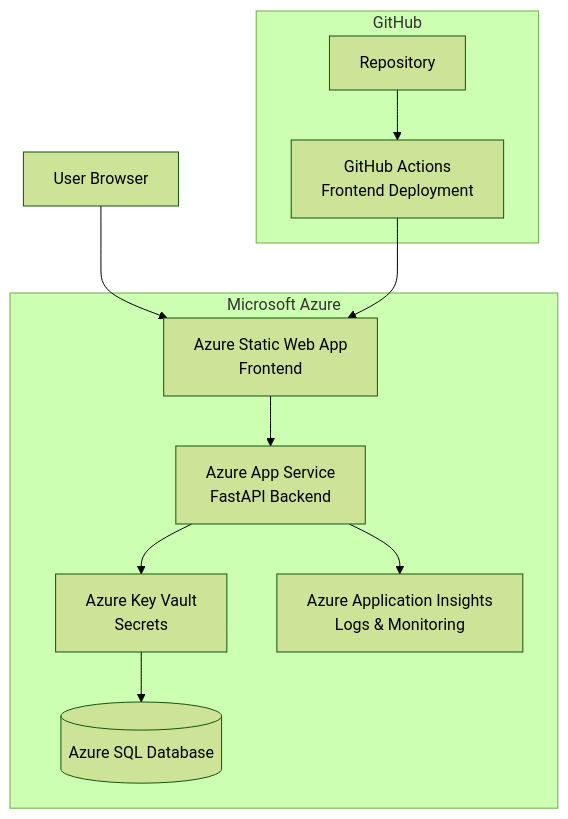
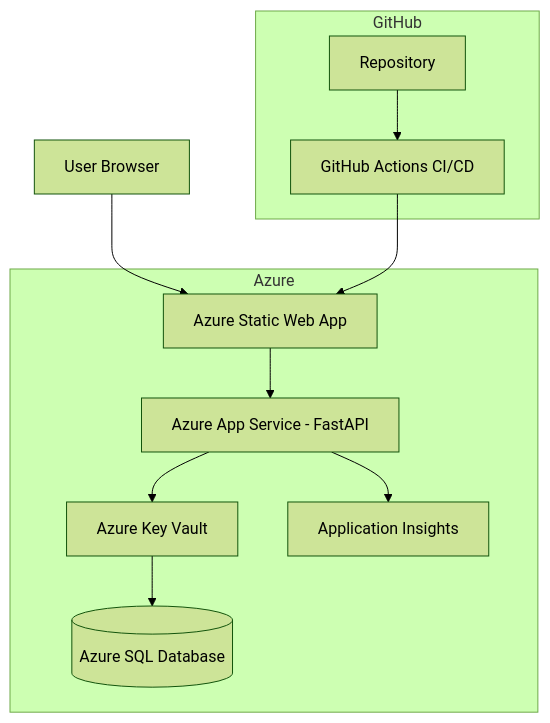
Before and after one commit to Kethanx/azure-medical-3tier-portal: the diagram in README.md, drawn with Mermaid (forest theme). The commit also changed other lines of this file and 1 other file, not shown here.

````diff
--- a/README.md
+++ b/README.md
@@ -98,25 +110,25 @@
 ```mermaid
 flowchart TD
     U[User Browser]
 
-    subgraph Azure["Microsoft Azure"]
-        F[Azure Static Web App<br/>Frontend]
-        B[Azure App Service<br/>FastAPI Backend]
-        K[Azure Key Vault<br/>Secrets]
+    subgraph Azure
+        F[Azure Static Web App]
+        B[Azure App Service - FastAPI]
+        K[Azure Key Vault]
         D[(Azure SQL Database)]
-        M[Azure Application Insights<br/>Logs & Monitoring]
+        M[Application Insights]
     end
 
-    subgraph GitHub["GitHub"]
+    subgraph GitHub
         R[Repository]
-        C[GitHub Actions<br/>Frontend Deployment]
+        C[GitHub Actions CI/CD]
     end
 
     U --> F
     F --> B
     B --> K
     K --> D
     B --> M
     R --> C
     C --> F
 ```
````
